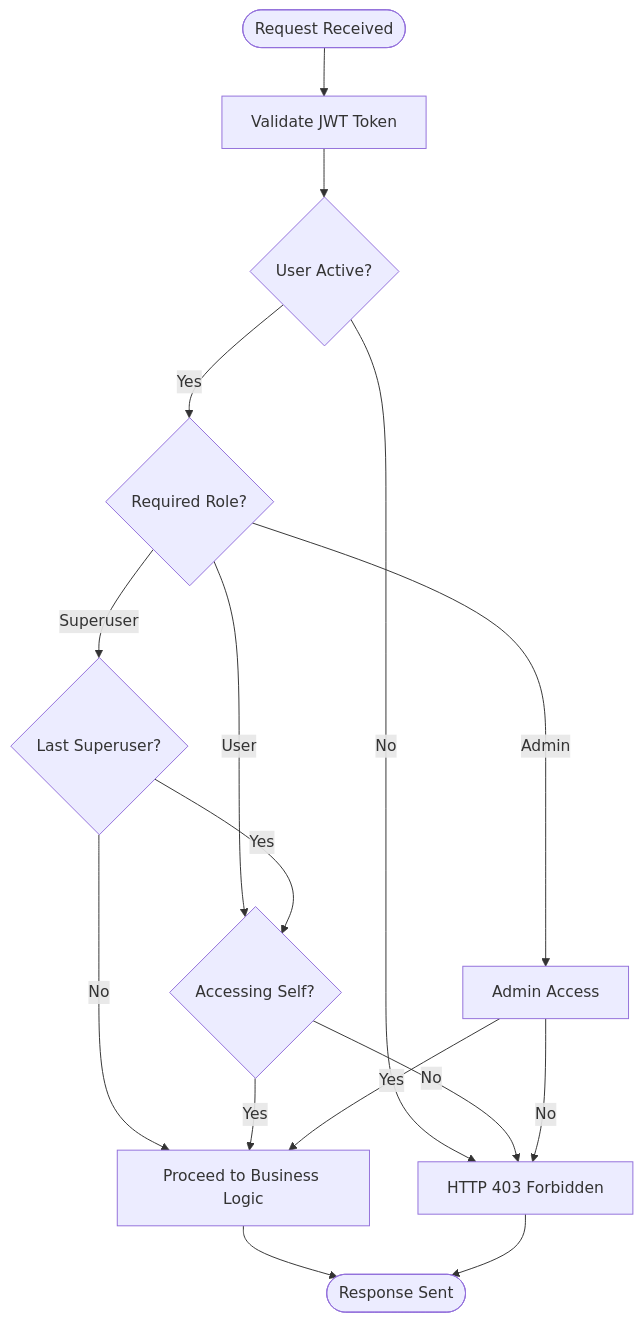
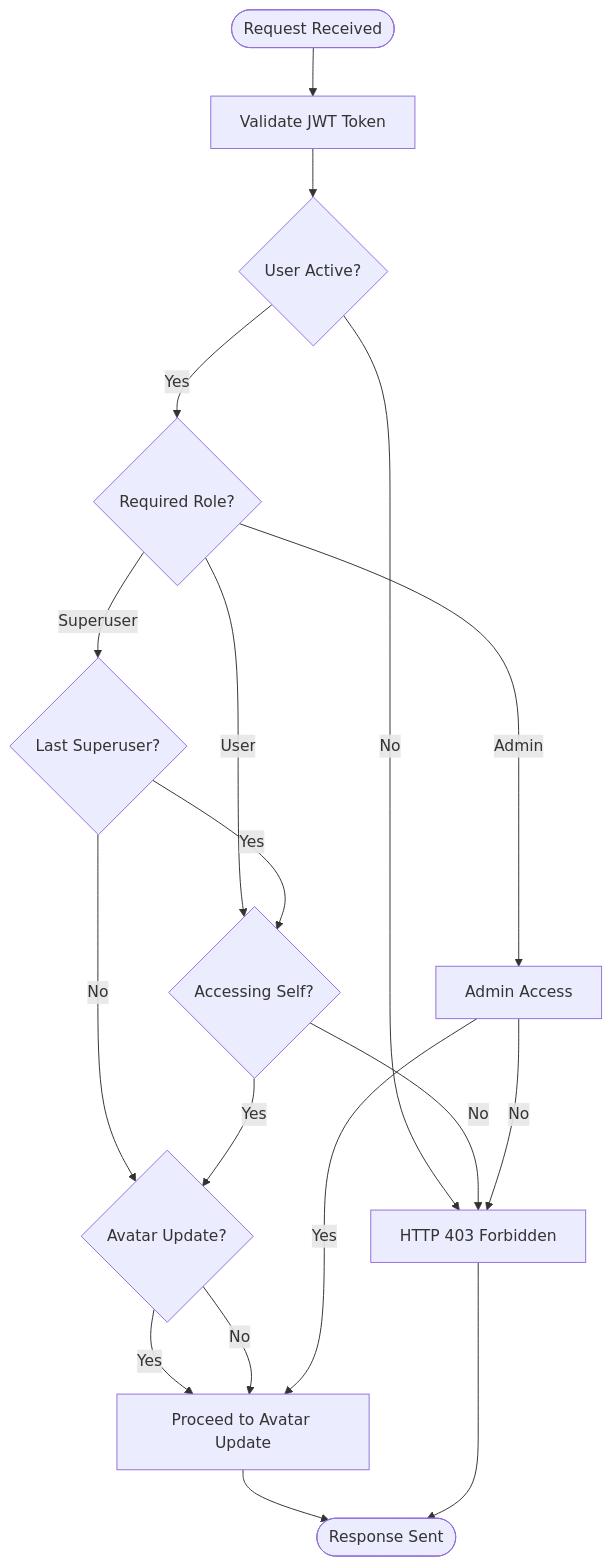
Before and after one commit to Nikita5543/New-SSO-02: the third of 5 diagrams in .qoder/repowiki/en/content/Core API Reference/User Management Endpoints.md, drawn with Mermaid. The commit also changed other lines of this file and 4 other files, not shown here.

````diff
--- a/.qoder/repowiki/en/content/Core API Reference/User Management Endpoints.md
+++ b/.qoder/repowiki/en/content/Core API Reference/User Management Endpoints.md
@@ -291,18 +351,20 @@
 ```mermaid
 flowchart TD
 Start([Request Received]) --> Auth["Validate JWT Token"]
 Auth --> CheckActive{"User Active?"}
 CheckActive --> |No| Forbidden["HTTP 403 Forbidden"]
 CheckActive --> |Yes| CheckRole{"Required Role?"}
 CheckRole --> |Superuser| CheckLastSuperuser{"Last Superuser?"}
 CheckRole --> |Admin| CheckAdmin["Admin Access"]
 CheckRole --> |User| CheckSelf{"Accessing Self?"}
 CheckLastSuperuser --> |Yes| CheckSelf
-CheckLastSuperuser --> |No| Proceed["Proceed to Business Logic"]
-CheckSelf --> |Yes| Proceed
+CheckLastSuperuser --> |No| CheckAvatar{"Avatar Update?"}
+CheckSelf --> |Yes| CheckAvatar
 CheckSelf --> |No| Forbidden
+CheckAvatar --> |Yes| Proceed["Proceed to Avatar Update"]
+CheckAvatar --> |No| Proceed
 CheckAdmin --> |Yes| Proceed
 CheckAdmin --> |No| Forbidden
 Proceed --> End([Response Sent])
 Forbidden --> End
 ```
````
